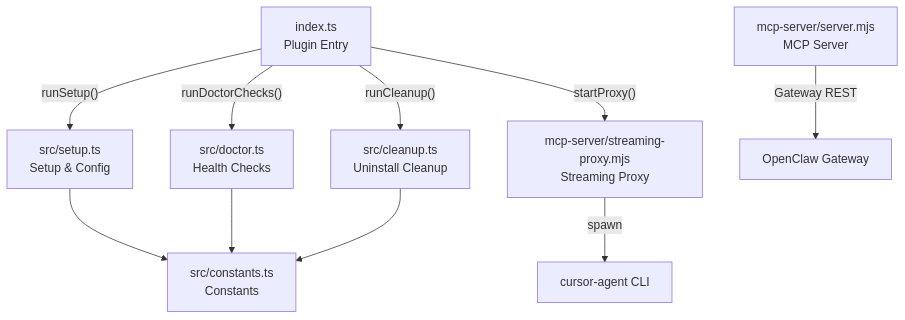
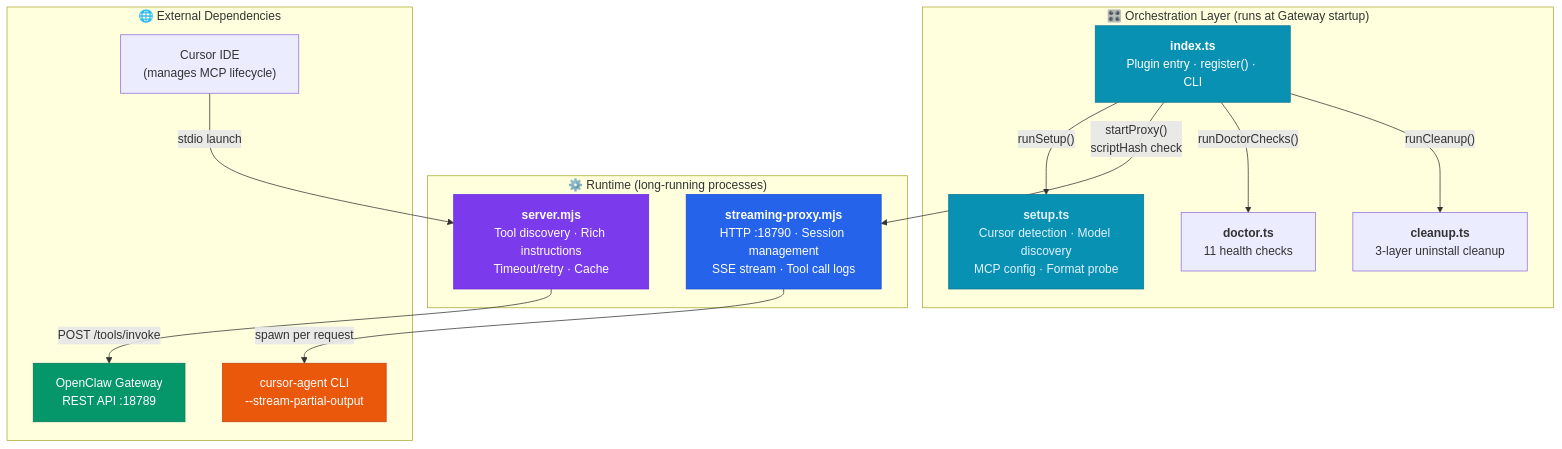
Before and after one commit to andeya/openclaw-cursor-bridge: the second of 10 diagrams in doc/technical-guide-en.md, drawn with Mermaid. The commit also changed other lines of this file and 8 other files, not shown here.

````diff
--- a/doc/technical-guide-en.md
+++ b/doc/technical-guide-en.md
@@ -100,20 +140,35 @@
 ```mermaid
 flowchart TB
-    PluginEntry["index.ts<br/>Plugin Entry"]
-    Setup["src/setup.ts<br/>Setup & Config"]
-    Doctor["src/doctor.ts<br/>Health Checks"]
-    Cleanup["src/cleanup.ts<br/>Uninstall Cleanup"]
-    Constants["src/constants.ts<br/>Constants"]
-    MCPServer["mcp-server/server.mjs<br/>MCP Server"]
-    Proxy["mcp-server/streaming-proxy.mjs<br/>Streaming Proxy"]
+    subgraph Orchestration ["🎛️ Orchestration Layer (runs at Gateway startup)"]
+        PluginEntry["<b>index.ts</b>\nPlugin entry · register() · CLI"]
+        Setup["<b>setup.ts</b>\nCursor detection · Model discovery\nMCP config · Format probe"]
+        Doctor["<b>doctor.ts</b>\n11 health checks"]
+        Cleanup["<b>cleanup.ts</b>\n3-layer uninstall cleanup"]
+    end
+
+    subgraph Runtime ["⚙️ Runtime (long-running processes)"]
+        Proxy["<b>streaming-proxy.mjs</b>\nHTTP :18790 · Session management\nSSE stream · Tool call logs"]
+        MCPServer["<b>server.mjs</b>\nTool discovery · Rich instructions\nTimeout/retry · Cache"]
+    end
+
+    subgraph External ["🌐 External Dependencies"]
+        GW["OpenClaw Gateway\nREST API :18789"]
+        Agent["cursor-agent CLI\n--stream-partial-output"]
+        CursorIDE["Cursor IDE\n(manages MCP lifecycle)"]
+    end
 
     PluginEntry -->|"runSetup()"| Setup
-    PluginEntry -->|"startProxy()"| Proxy
+    PluginEntry -->|"startProxy()\nscriptHash check"| Proxy
     PluginEntry -->|"runDoctorChecks()"| Doctor
     PluginEntry -->|"runCleanup()"| Cleanup
-    Setup --> Constants
-    Doctor --> Constants
-    Cleanup --> Constants
-    MCPServer -->|"Gateway REST"| GatewayAPI["OpenClaw Gateway"]
-    Proxy -->|"spawn"| CursorAgent["cursor-agent CLI"]
+    Proxy -->|"spawn per request"| Agent
+    MCPServer -->|"POST /tools/invoke"| GW
+    CursorIDE -->|"stdio launch"| MCPServer
+
+    style PluginEntry fill:#0891b2,color:#fff,stroke:#0e7490
+    style Setup fill:#0891b2,color:#e0f2fe,stroke:#0e7490
+    style Proxy fill:#2563eb,color:#fff,stroke:#1d4ed8
+    style MCPServer fill:#7c3aed,color:#fff,stroke:#6d28d9
+    style Agent fill:#ea580c,color:#fff,stroke:#c2410c
+    style GW fill:#059669,color:#fff,stroke:#047857
 ```
````
